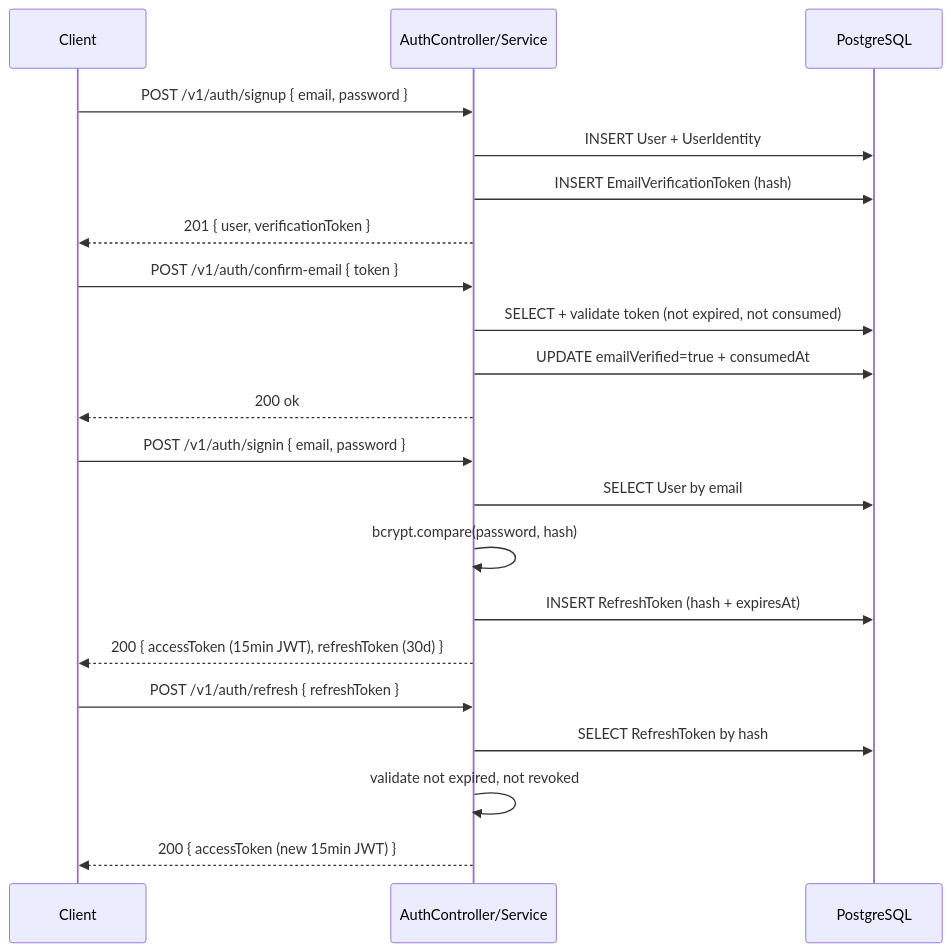
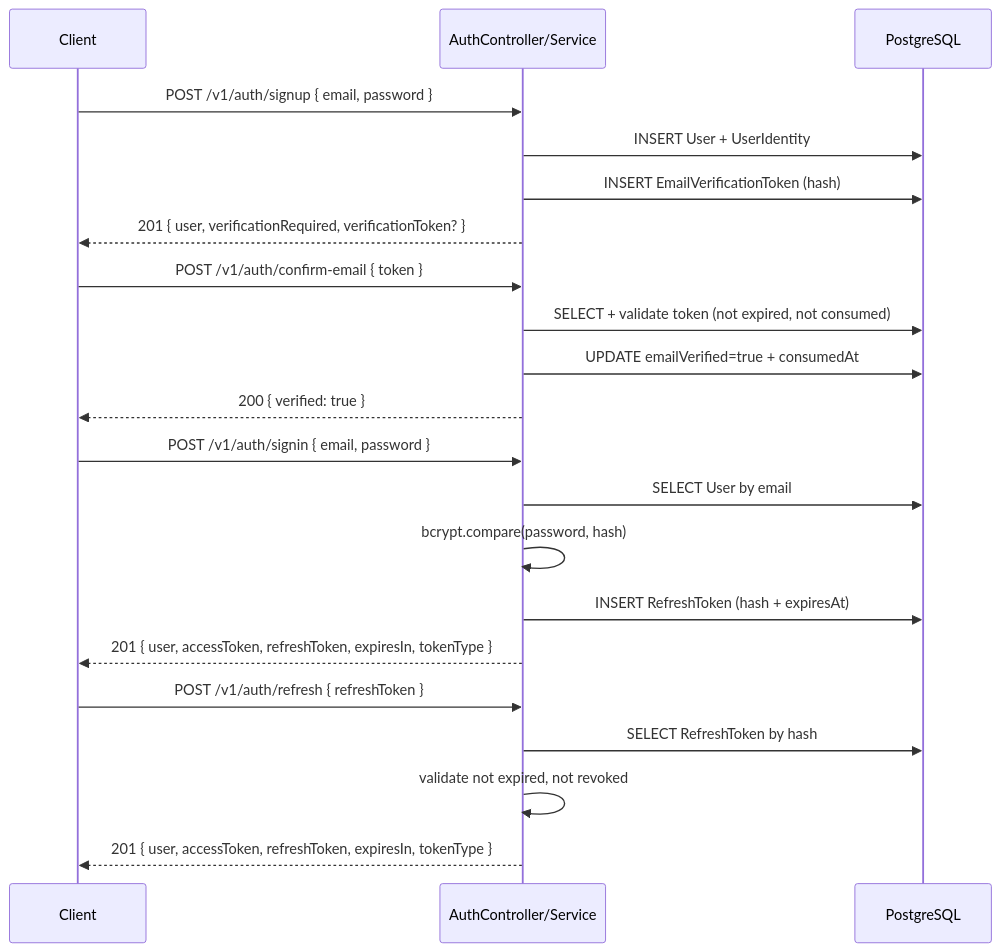
One commit to iamPedram1/subflix changed the eighth of 9 diagrams in apps/backend/docs/architecture/DIAGRAMS.md. Above: the diagram before and after it, drawn with Mermaid. The commit also changed 37 other files, not shown here.

````diff
--- a/apps/backend/docs/architecture/DIAGRAMS.md
+++ b/apps/backend/docs/architecture/DIAGRAMS.md
@@ -267,27 +267,27 @@
 ```mermaid
 sequenceDiagram
     participant Client
     participant Auth as AuthController/Service
     participant DB as PostgreSQL
 
     Client->>Auth: POST /v1/auth/signup { email, password }
     Auth->>DB: INSERT User + UserIdentity
     Auth->>DB: INSERT EmailVerificationToken (hash)
-    Auth-->>Client: 201 { user, verificationToken }
+    Auth-->>Client: 201 { user, verificationRequired, verificationToken? }
 
     Client->>Auth: POST /v1/auth/confirm-email { token }
     Auth->>DB: SELECT + validate token (not expired, not consumed)
     Auth->>DB: UPDATE emailVerified=true + consumedAt
-    Auth-->>Client: 200 ok
+    Auth-->>Client: 200 { verified: true }
 
     Client->>Auth: POST /v1/auth/signin { email, password }
     Auth->>DB: SELECT User by email
     Auth->>Auth: bcrypt.compare(password, hash)
     Auth->>DB: INSERT RefreshToken (hash + expiresAt)
-    Auth-->>Client: 200 { accessToken (15min JWT), refreshToken (30d) }
+    Auth-->>Client: 201 { user, accessToken, refreshToken, expiresIn, tokenType }
 
     Client->>Auth: POST /v1/auth/refresh { refreshToken }
     Auth->>DB: SELECT RefreshToken by hash
     Auth->>Auth: validate not expired, not revoked
-    Auth-->>Client: 200 { accessToken (new 15min JWT) }
+    Auth-->>Client: 201 { user, accessToken, refreshToken, expiresIn, tokenType }
 ```
````
